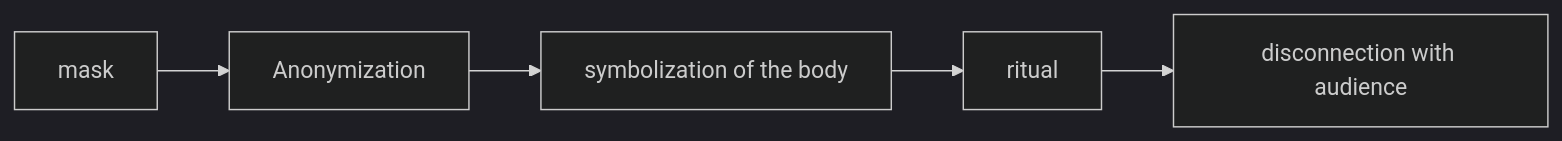
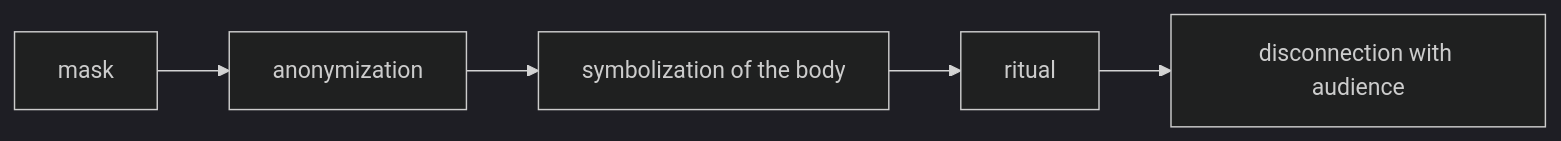
One commit to monumental-movement/monumental-movement.github.io changed the third of 4 diagrams in en/_posts/2026-04-18-column-caroliner.md. Above: the diagram before and after it, drawn with Mermaid (dark theme). The commit also changed other lines of this file and 460 other files, not shown here.

```diff
--- a/en/_posts/2026-04-18-column-caroliner.md
+++ b/en/_posts/2026-04-18-column-caroliner.md
@@ -136,7 +136,7 @@
 <div class="mermaid">
 flowchart LR
-A[mask] --> B[Anonymization]
+A[mask] --> B[anonymization]
 B --> C[symbolization of the body]
 C --> D[ritual]
 D --> E[disconnection with audience]
 </div>
```
